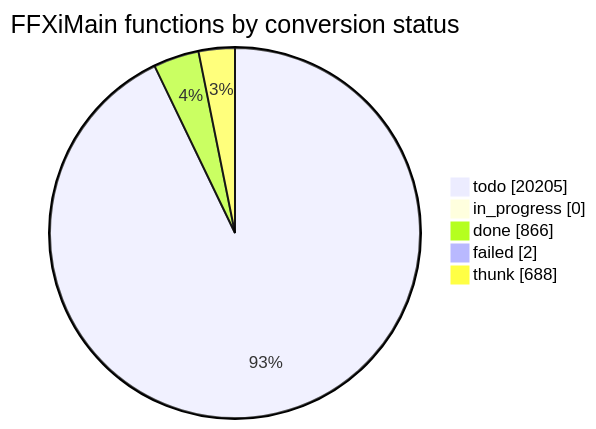
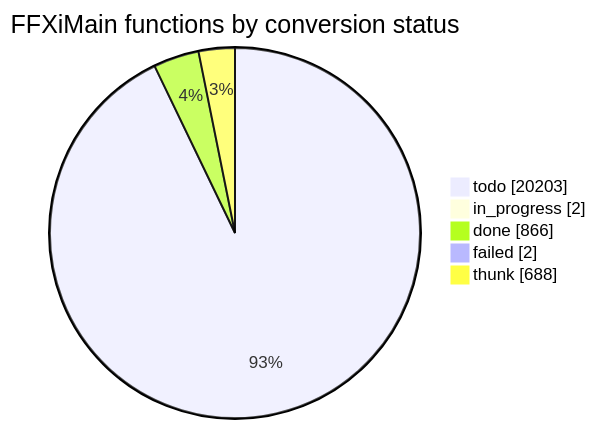
The diagram in docs/cow/STATUS.md (cowrevenge/cow_kuluu_xi_anything), drawn with Mermaid before and after one commit. The commit also changed other lines of this file and 7 other files, not shown here.

````diff
--- a/docs/cow/STATUS.md
+++ b/docs/cow/STATUS.md
@@ -18,9 +18,9 @@
 ```mermaid
 pie showData
     title FFXiMain functions by conversion status
-    "todo" : 20205
-    "in_progress" : 0
+    "todo" : 20203
+    "in_progress" : 2
     "done" : 866
     "failed" : 2
     "thunk" : 688
 ```
````
